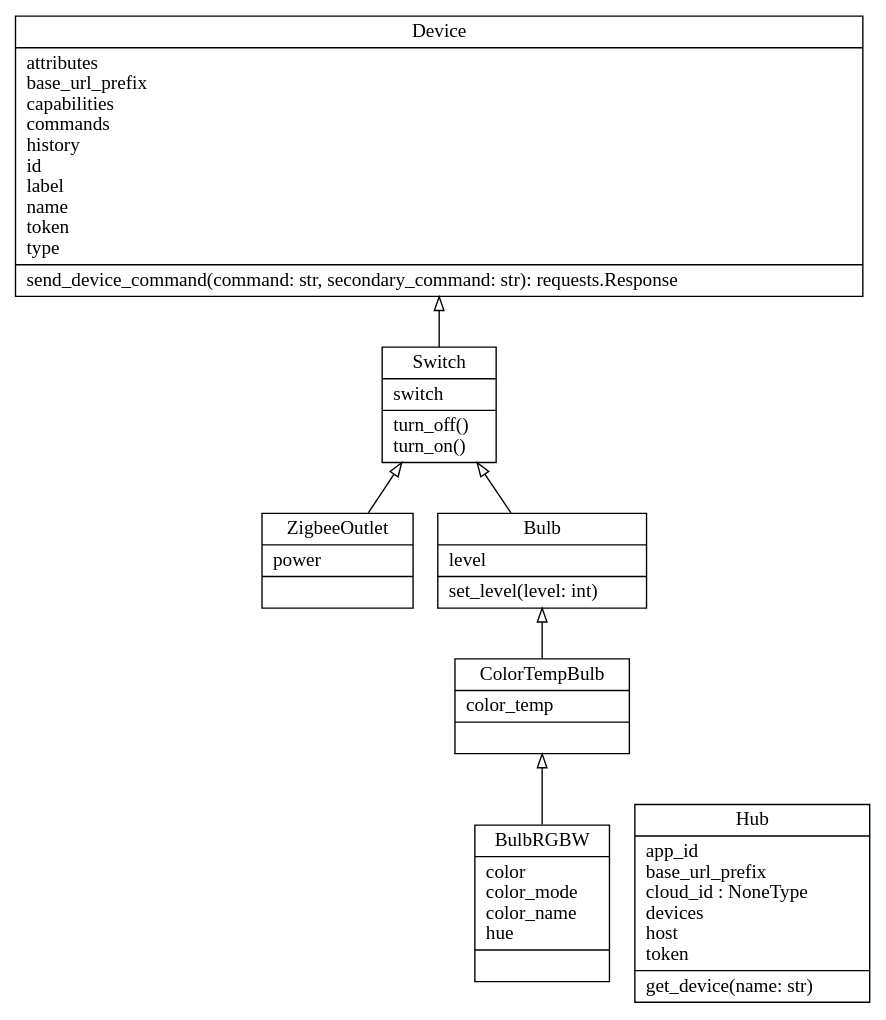
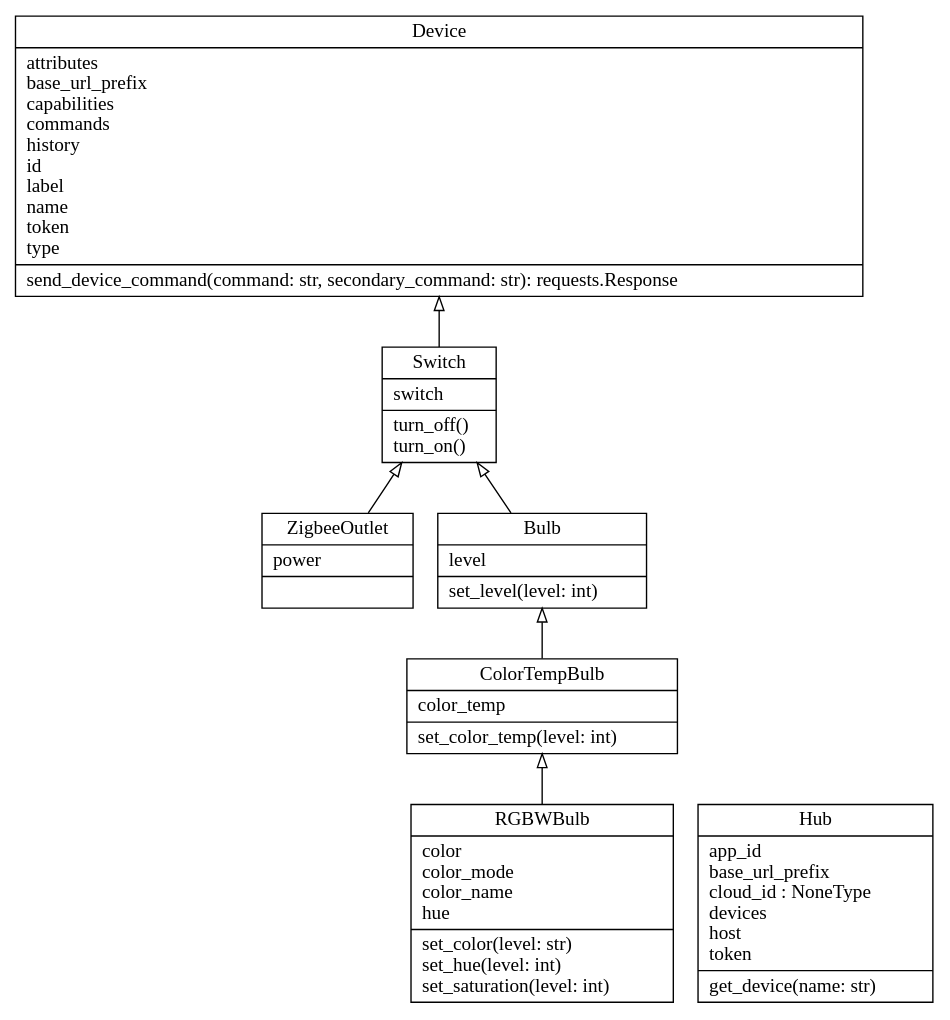
The diagram in docs/classes.dot (Jelloeater/hubitatcontrol), drawn with Graphviz before and after one commit. The commit also changed 3 other files, not shown here.

```diff
--- a/docs/classes.dot
+++ b/docs/classes.dot
@@ -1,16 +1,16 @@
 digraph "classes" {
 rankdir=BT
 charset="utf-8"
 "hubitatcontrol.lights.Bulb" [color="black", fontcolor="black", label="{Bulb|level\l|set_level(level: int)\l}", shape="record", style="solid"];
-"hubitatcontrol.lights.BulbRGBW" [color="black", fontcolor="black", label="{BulbRGBW|color\lcolor_mode\lcolor_name\lhue\l|}", shape="record", style="solid"];
-"hubitatcontrol.lights.ColorTempBulb" [color="black", fontcolor="black", label="{ColorTempBulb|color_temp\l|}", shape="record", style="solid"];
+"hubitatcontrol.lights.ColorTempBulb" [color="black", fontcolor="black", label="{ColorTempBulb|color_temp\l|set_color_temp(level: int)\l}", shape="record", style="solid"];
 "hubitatcontrol.hub.Device" [color="black", fontcolor="black", label="{Device|attributes\lbase_url_prefix\lcapabilities\lcommands\lhistory\lid\llabel\lname\ltoken\ltype\l|send_device_command(command: str, secondary_command: str): requests.Response\l}", shape="record", style="solid"];
 "hubitatcontrol.hub.Hub" [color="black", fontcolor="black", label="{Hub|app_id\lbase_url_prefix\lcloud_id : NoneType\ldevices\lhost\ltoken\l|get_device(name: str)\l}", shape="record", style="solid"];
+"hubitatcontrol.lights.RGBWBulb" [color="black", fontcolor="black", label="{RGBWBulb|color\lcolor_mode\lcolor_name\lhue\l|set_color(level: str)\lset_hue(level: int)\lset_saturation(level: int)\l}", shape="record", style="solid"];
 "hubitatcontrol.generic.Switch" [color="black", fontcolor="black", label="{Switch|switch\l|turn_off()\lturn_on()\l}", shape="record", style="solid"];
 "hubitatcontrol.generic.ZigbeeOutlet" [color="black", fontcolor="black", label="{ZigbeeOutlet|power\l|}", shape="record", style="solid"];
 "hubitatcontrol.generic.Switch" -> "hubitatcontrol.hub.Device" [arrowhead="empty", arrowtail="none"];
 "hubitatcontrol.generic.ZigbeeOutlet" -> "hubitatcontrol.generic.Switch" [arrowhead="empty", arrowtail="none"];
 "hubitatcontrol.lights.Bulb" -> "hubitatcontrol.generic.Switch" [arrowhead="empty", arrowtail="none"];
-"hubitatcontrol.lights.BulbRGBW" -> "hubitatcontrol.lights.ColorTempBulb" [arrowhead="empty", arrowtail="none"];
 "hubitatcontrol.lights.ColorTempBulb" -> "hubitatcontrol.lights.Bulb" [arrowhead="empty", arrowtail="none"];
+"hubitatcontrol.lights.RGBWBulb" -> "hubitatcontrol.lights.ColorTempBulb" [arrowhead="empty", arrowtail="none"];
 }
```
